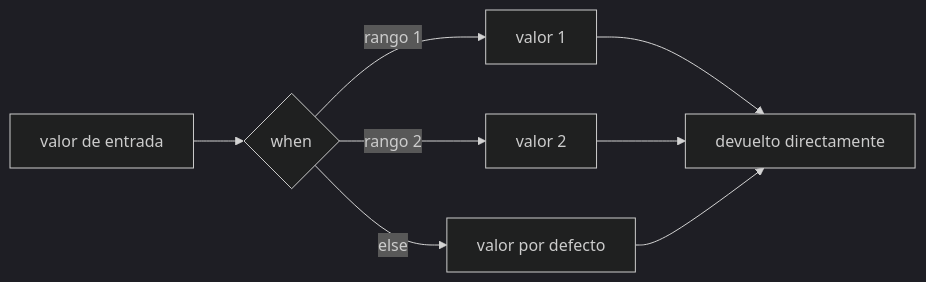
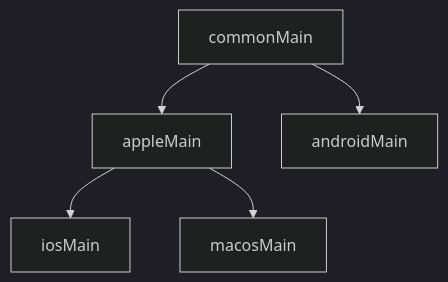
Before and after one commit to NICORUIZ93/The_Imperial_Book: the fifth of 9 diagrams in web/public/content/kotlin-multiplatform/modulo-0.md, drawn with Mermaid (dark theme). The commit also changed other lines of this file and 305 other files, not shown here.

````diff
--- a/web/public/content/kotlin-multiplatform/modulo-0.md
+++ b/web/public/content/kotlin-multiplatform/modulo-0.md
@@ -310,10 +223,7 @@
 ```mermaid
-flowchart LR
-  A[valor de entrada] --> B{when}
-  B -->|rango 1| C[valor 1]
-  B -->|rango 2| D[valor 2]
-  B -->|else| E[valor por defecto]
-  C --> F[devuelto directamente]
-  D --> F
-  E --> F
+flowchart TB
+  A[commonMain] --> B[appleMain]
+  A --> C[androidMain]
+  B --> D[iosMain]
+  B --> E[macosMain]
 ```
````
